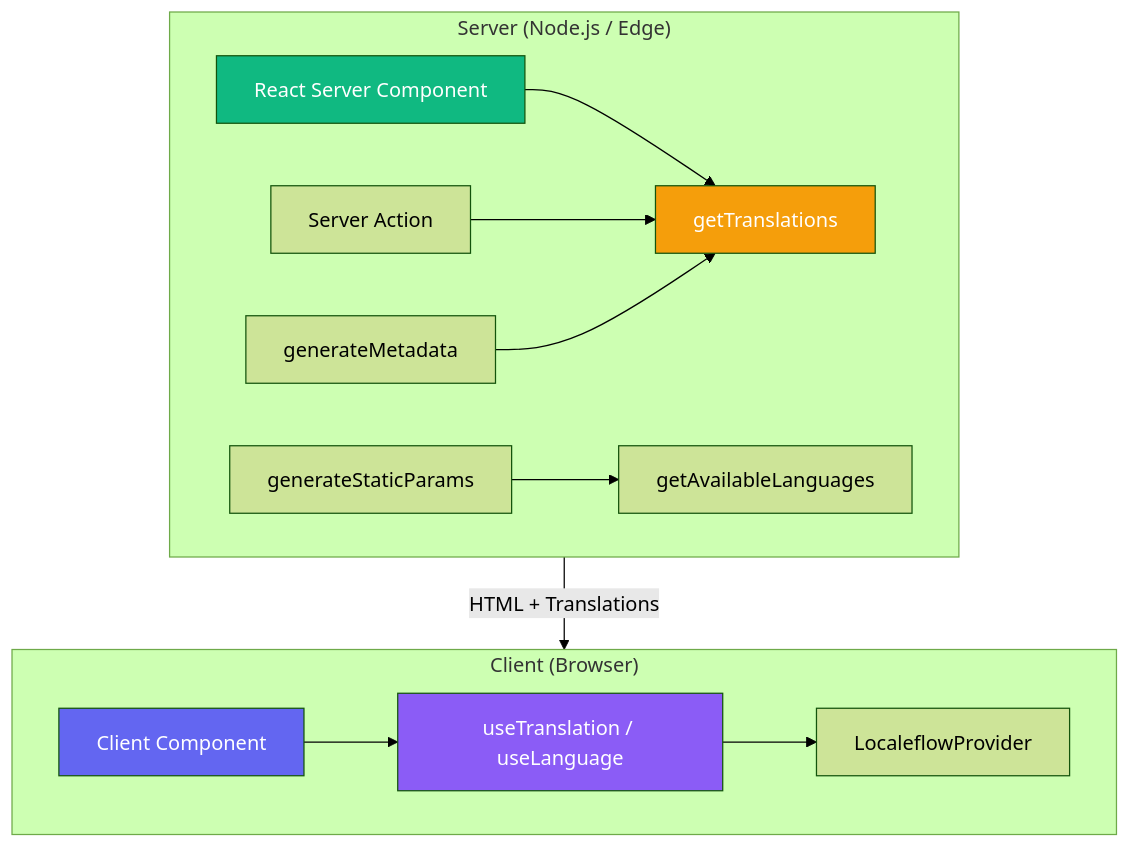
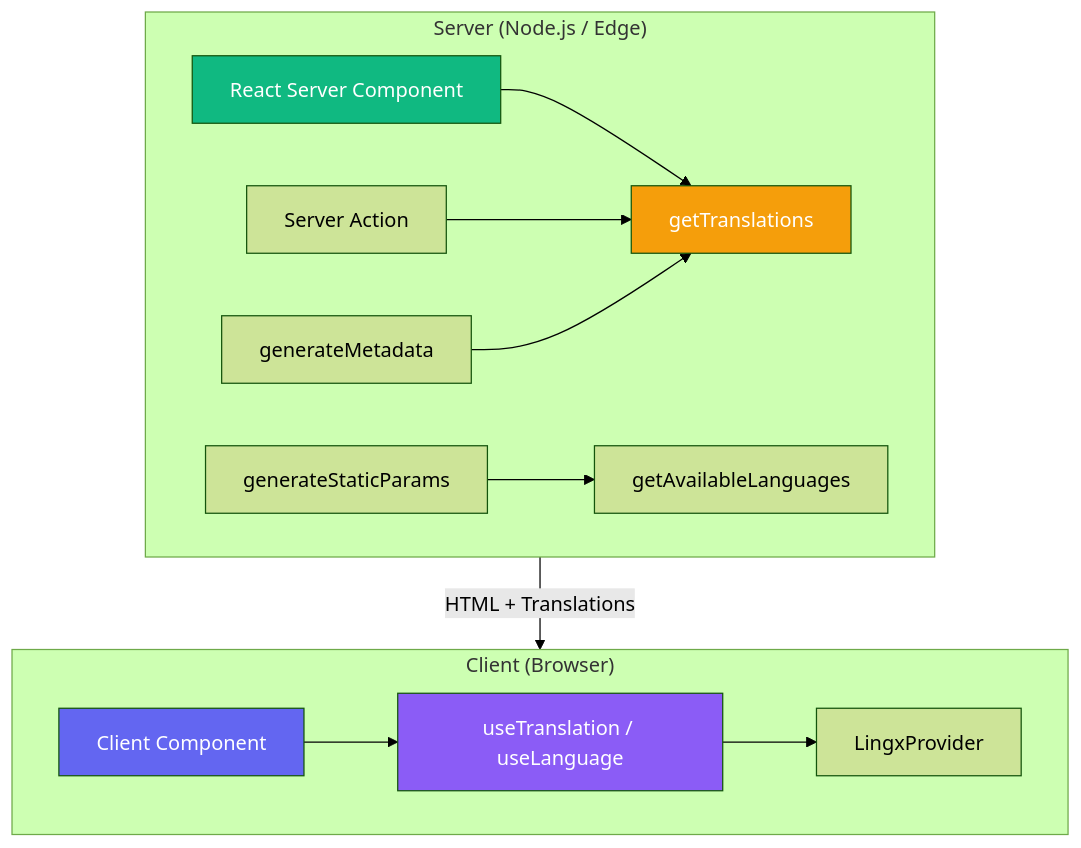
One commit to VinniZP/lingx changed the first of 2 diagrams in packages/sdk-nextjs/docs/server-side.md. Above: the diagram before and after it, drawn with Mermaid (forest theme). The commit also changed other lines of this file and 322 other files, not shown here.

````diff
--- a/packages/sdk-nextjs/docs/server-side.md
+++ b/packages/sdk-nextjs/docs/server-side.md
@@ -7,27 +7,27 @@
 ```mermaid
 flowchart TB
     subgraph Server["Server (Node.js / Edge)"]
         RSC[React Server Component]
         SA[Server Action]
         Meta[generateMetadata]
         GSP[generateStaticParams]
 
         RSC --> GT[getTranslations]
         SA --> GT
         Meta --> GT
         GSP --> GAL[getAvailableLanguages]
     end
 
     subgraph Client["Client (Browser)"]
         CC[Client Component]
         CC --> Hooks[useTranslation / useLanguage]
-        Hooks --> Provider[LocaleflowProvider]
+        Hooks --> Provider[LingxProvider]
     end
 
     Server -->|HTML + Translations| Client
 
     style RSC fill:#10b981,color:#fff
     style CC fill:#6366f1,color:#fff
     style GT fill:#f59e0b,color:#fff
     style Hooks fill:#8b5cf6,color:#fff
 ```
````
